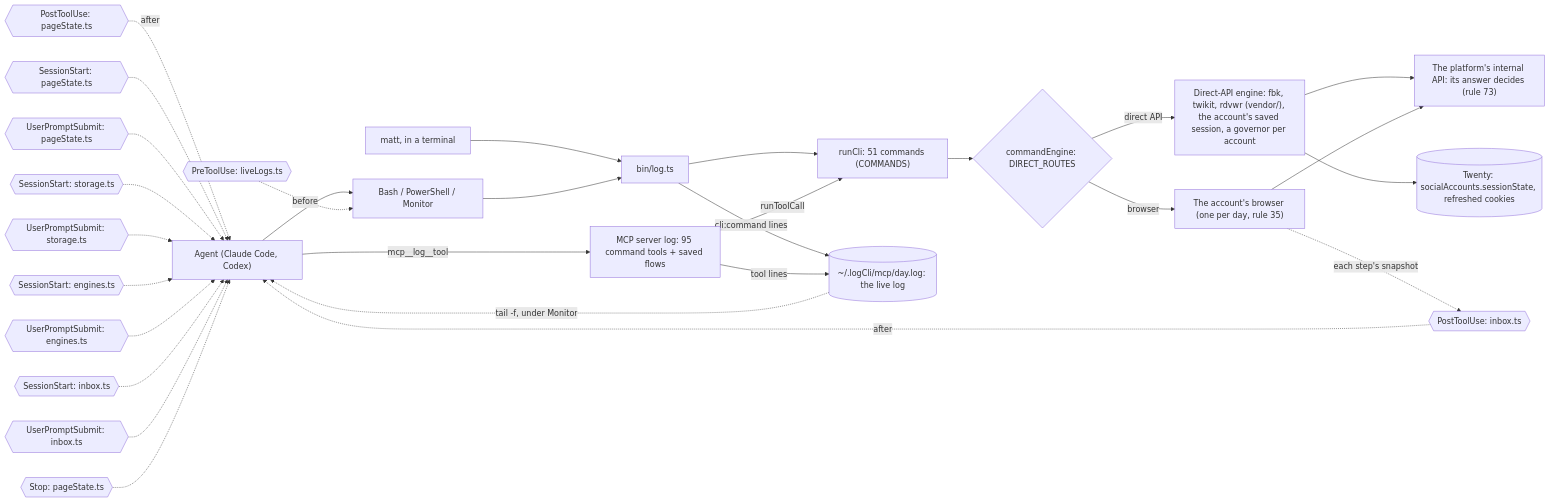
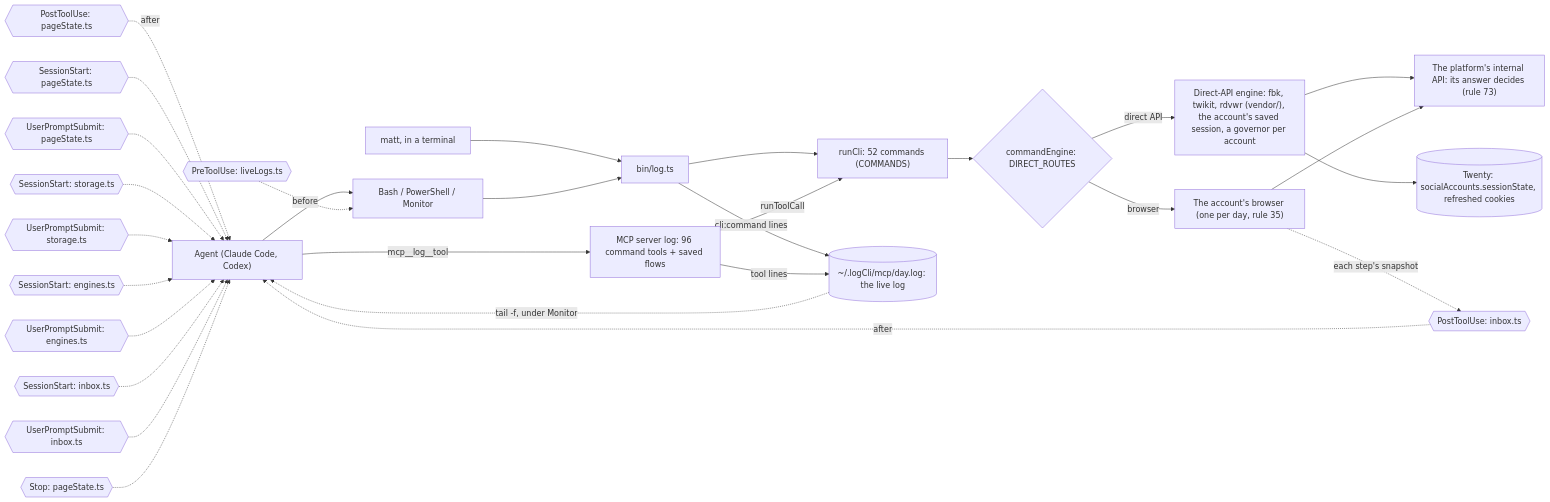
The diagram in docs/diagrams/surface.mmd (matthewdonsemail-lab/log), drawn with Mermaid before and after one commit. The commit also changed 33 other files, not shown here.

```diff
--- a/docs/diagrams/surface.mmd
+++ b/docs/diagrams/surface.mmd
@@ -1,43 +1,43 @@
 %% How a call reaches log-cli. From a shell or over MCP, both run the same commands through `runCli`, write the same live log, and pass through the same hooks. `commandEngine` sends each command to the platform's direct API or to the account's browser.
 %% Written by `bun run docs:build` from the code (rule 56). Not edited by hand.
 flowchart LR
   agent["Agent (Claude Code, Codex)"]
   matt["matt, in a terminal"]
   shell["Bash / PowerShell / Monitor"]
-  mcp["MCP server log: 95 command tools + saved flows"]
+  mcp["MCP server log: 96 command tools + saved flows"]
   bin["bin/log.ts"]
-  runCli["runCli: 51 commands (COMMANDS)"]
+  runCli["runCli: 52 commands (COMMANDS)"]
   live[("~/.logCli/mcp/day.log: the live log")]
   engine{"commandEngine: DIRECT_ROUTES"}
   direct["Direct-API engine: fbk, twikit, rdvwr (vendor/), the account's saved session, a governor per account"]
   browser["The account's browser (one per day, rule 35)"]
   api["The platform's internal API: its answer decides (rule 73)"]
   twenty[("Twenty: socialAccounts.sessionState, refreshed cookies")]
   agent --> shell
   matt --> bin
   shell --> bin
   agent -->|mcp__log__tool| mcp
   bin --> runCli
   mcp -->|runToolCall| runCli
   runCli --> engine
   engine -->|direct API| direct
   engine -->|browser| browser
   direct --> api
   browser --> api
   direct --> twenty
   bin -->|cli:command lines| live
   mcp -->|tool lines| live
   live -.->|tail -f, under Monitor| agent
   pre0{{"PreToolUse: liveLogs.ts"}} -.->|before| shell
   post0{{"PostToolUse: inbox.ts"}} -.->|after| agent
   post1{{"PostToolUse: pageState.ts"}} -.->|after| agent
   turn0{{"SessionStart: pageState.ts"}} -.-> agent
   turn1{{"UserPromptSubmit: pageState.ts"}} -.-> agent
   turn2{{"SessionStart: storage.ts"}} -.-> agent
   turn3{{"UserPromptSubmit: storage.ts"}} -.-> agent
   turn4{{"SessionStart: engines.ts"}} -.-> agent
   turn5{{"UserPromptSubmit: engines.ts"}} -.-> agent
   turn6{{"SessionStart: inbox.ts"}} -.-> agent
   turn7{{"UserPromptSubmit: inbox.ts"}} -.-> agent
   turn8{{"Stop: pageState.ts"}} -.-> agent
   browser -.->|each step's snapshot| post0
```
